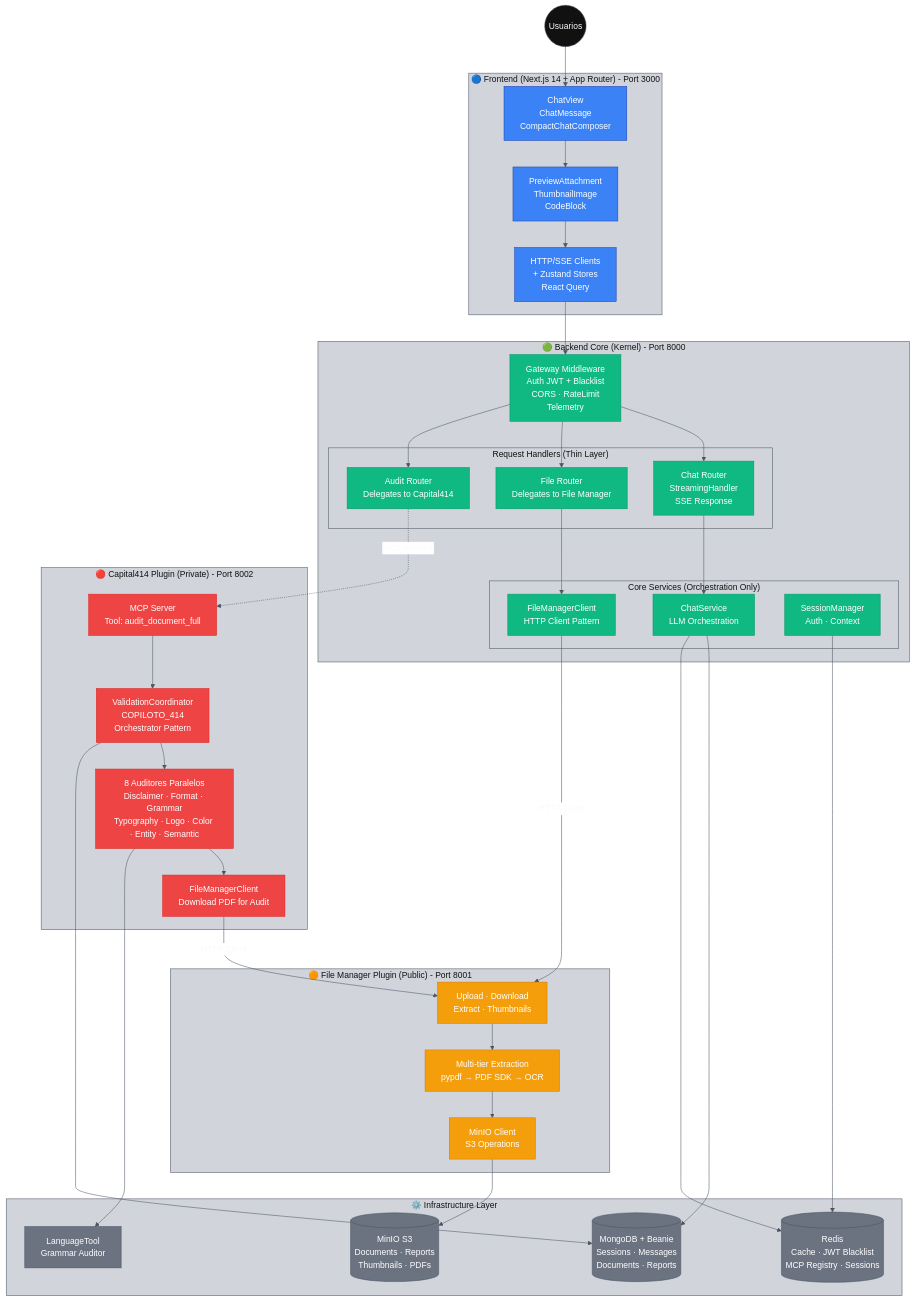
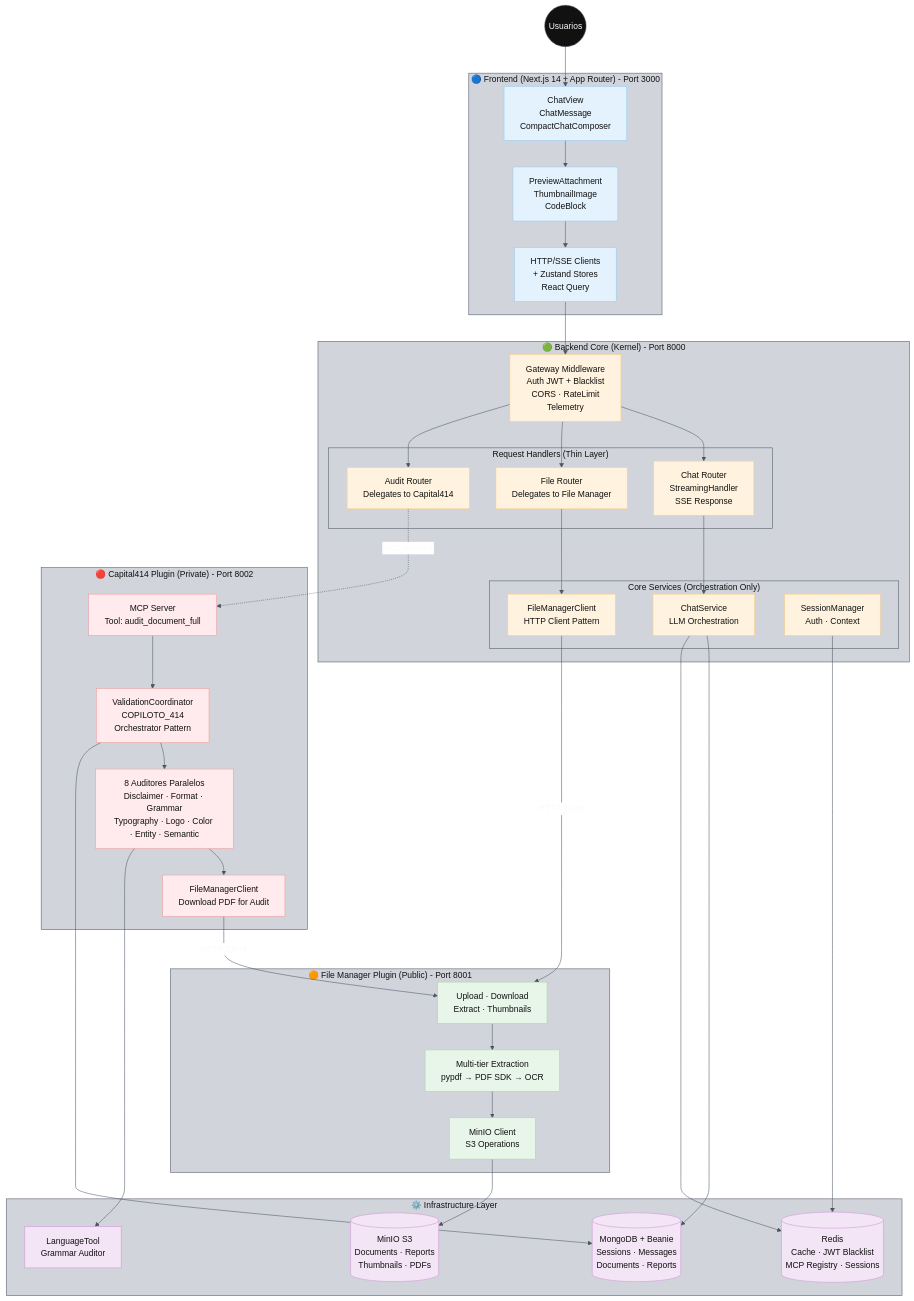
The third of 11 diagrams in README.md (saptiva-ai/octavios-chat), drawn with Mermaid before and after one commit. The commit also changed other lines of this file, not shown here.

First line of the commit message:
docs: unify Mermaid diagram color palette to soft pastels

````diff
--- a/README.md
+++ b/README.md
@@ -458,81 +458,81 @@
 ```mermaid
 %%{init: {'theme': 'base', 'themeVariables': {'primaryColor': '#111111','primaryBorderColor': '#4b5563','primaryTextColor': '#f9fafb','lineColor': '#4b5563','secondaryColor': '#ffffff','secondaryBorderColor': '#4b5563','secondaryTextColor': '#111111','tertiaryColor': '#d1d5db','tertiaryBorderColor': '#4b5563','tertiaryTextColor': '#111111'}}}%%
 flowchart TB
     user((Usuarios)):::light --> web_ui
 
     subgraph Frontend["🔵 Frontend (Next.js 14 + App Router) - Port 3000"]
         web_ui["ChatView<br/>ChatMessage<br/>CompactChatComposer"]:::frontend
         web_components["PreviewAttachment<br/>ThumbnailImage<br/>CodeBlock"]:::frontend
         web_clients["HTTP/SSE Clients<br/>+ Zustand Stores<br/>React Query"]:::frontend
     end
 
     web_ui --> web_components
     web_components --> web_clients
     web_clients --> gateway
 
     subgraph Core["🟢 Backend Core (Kernel) - Port 8000"]
         gateway["Gateway Middleware<br/>Auth JWT + Blacklist<br/>CORS · RateLimit<br/>Telemetry"]:::core
 
         subgraph Handlers["Request Handlers (Thin Layer)"]
             chat_router["Chat Router<br/>StreamingHandler<br/>SSE Response"]:::core
             file_router["File Router<br/>Delegates to File Manager"]:::core
             audit_router["Audit Router<br/>Delegates to Capital414"]:::core
         end
 
         subgraph CoreServices["Core Services (Orchestration Only)"]
             chat_service["ChatService<br/>LLM Orchestration"]:::core
             fm_client["FileManagerClient<br/>HTTP Client Pattern"]:::core
             session_mgr["SessionManager<br/>Auth · Context"]:::core
         end
     end
 
     gateway --> chat_router
     gateway --> file_router
     gateway --> audit_router
 
     chat_router --> chat_service
     file_router --> fm_client
     audit_router -.->|"MCP Protocol"| capital414_service
 
     subgraph FileManager["🟠 File Manager Plugin (Public) - Port 8001"]
         fm_routes["Upload · Download<br/>Extract · Thumbnails"]:::plugin_public
         fm_extraction["Multi-tier Extraction<br/>pypdf → PDF SDK → OCR"]:::plugin_public
         fm_minio["MinIO Client<br/>S3 Operations"]:::plugin_public
     end
 
     fm_client -->|"HTTP Client"| fm_routes
     fm_routes --> fm_extraction
     fm_extraction --> fm_minio
 
     subgraph Capital414["🔴 Capital414 Plugin (Private) - Port 8002"]
         capital414_service["MCP Server<br/>Tool: audit_document_full"]:::plugin_private
         validation_coord["ValidationCoordinator<br/>COPILOTO_414<br/>Orchestrator Pattern"]:::plugin_private
         auditores["8 Auditores Paralelos<br/>Disclaimer · Format · Grammar<br/>Typography · Logo · Color · Entity · Semantic"]:::plugin_private
         c414_fm_client["FileManagerClient<br/>Download PDF for Audit"]:::plugin_private
     end
 
     capital414_service --> validation_coord
     validation_coord --> auditores
     auditores --> c414_fm_client
     c414_fm_client -->|"HTTP Client"| fm_routes
 
     subgraph Infrastructure["⚙️ Infrastructure Layer"]
         mongo[(MongoDB + Beanie<br/>Sessions · Messages<br/>Documents · Reports)]:::infra
         redis[(Redis<br/>Cache · JWT Blacklist<br/>MCP Registry · Sessions)]:::infra
         minio[(MinIO S3<br/>Documents · Reports<br/>Thumbnails · PDFs)]:::infra
         languagetool["LanguageTool<br/>Grammar Auditor"]:::infra
     end
 
     chat_service --> mongo
     chat_service --> redis
     session_mgr --> redis
     fm_minio --> minio
     validation_coord --> mongo
     auditores --> languagetool
 
-    classDef frontend fill:#3b82f6,stroke:#1e40af,color:#ffffff;
-    classDef core fill:#10b981,stroke:#059669,color:#ffffff;
-    classDef plugin_public fill:#f59e0b,stroke:#d97706,color:#ffffff;
-    classDef plugin_private fill:#ef4444,stroke:#dc2626,color:#ffffff;
-    classDef infra fill:#6b7280,stroke:#4b5563,color:#ffffff;
+    classDef frontend fill:#e3f2fd,stroke:#90caf9,color:#111111;
+    classDef core fill:#fff3e0,stroke:#ffcc80,color:#111111;
+    classDef plugin_public fill:#e8f5e9,stroke:#a5d6a7,color:#111111;
+    classDef plugin_private fill:#ffebee,stroke:#ef9a9a,color:#111111;
+    classDef infra fill:#f3e5f5,stroke:#ce93d8,color:#111111;
 ```
````
